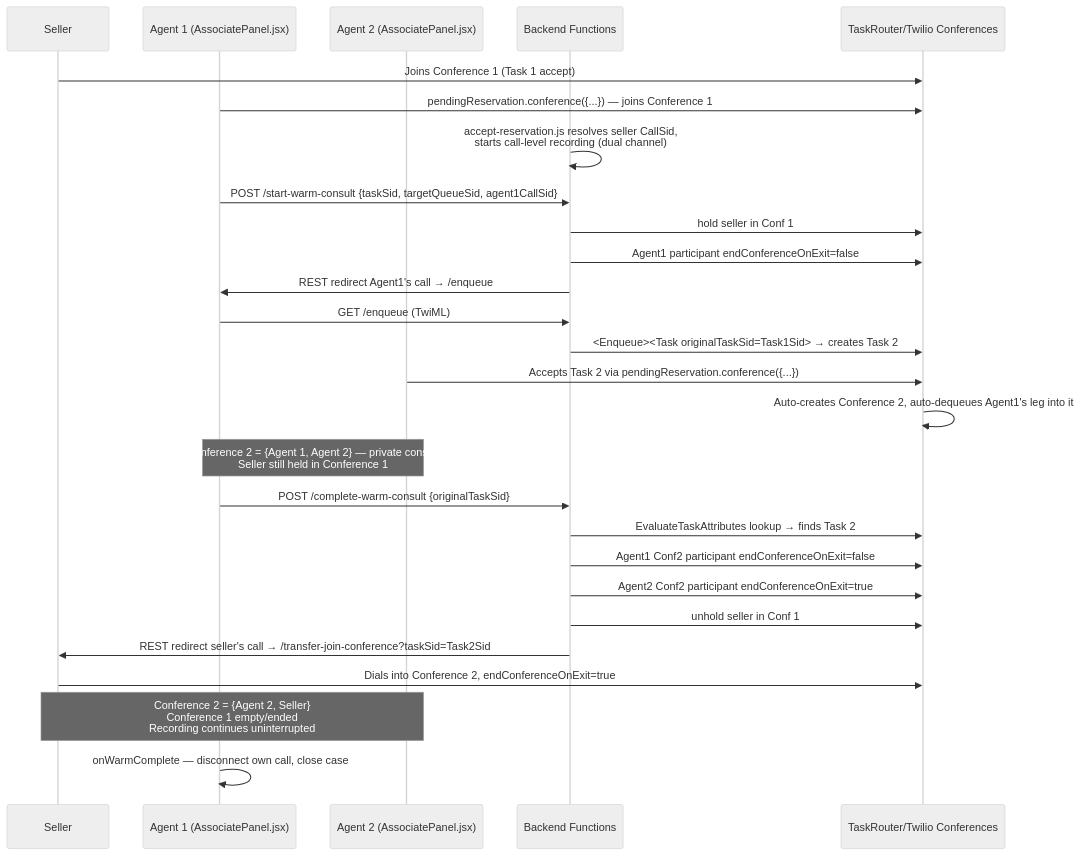
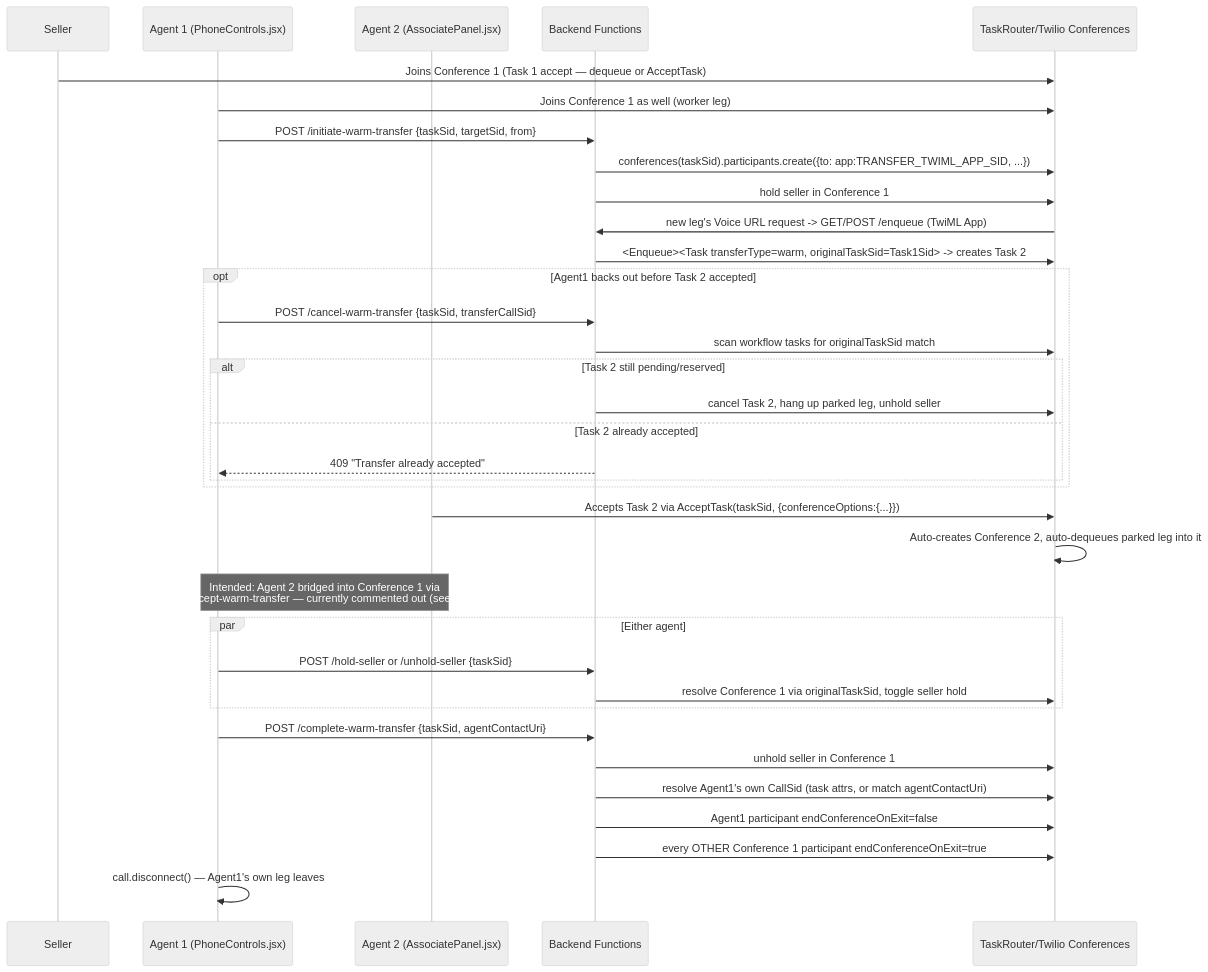
The diagram in docs/tech-notes/warm-transfer-voice.md (Gunjan-twilio/iris-demo), drawn with Mermaid (neutral theme) before and after one commit. The commit also changed other lines of this file and 9 other files, not shown here.

Commit message:
Send auto email and controling reservation display on agent ui

````diff
--- a/docs/tech-notes/warm-transfer-voice.md
+++ b/docs/tech-notes/warm-transfer-voice.md
@@ -31,35 +37,43 @@
 ```mermaid
 sequenceDiagram
     participant Seller
-    participant Agent1 as Agent 1 (AssociatePanel.jsx)
+    participant Agent1 as Agent 1 (PhoneControls.jsx)
     participant Agent2 as Agent 2 (AssociatePanel.jsx)
     participant BE as Backend Functions
     participant TR as TaskRouter/Twilio Conferences
 
-    Seller->>TR: Joins Conference 1 (Task 1 accept)
-    Agent1->>TR: pendingReservation.conference({...}) — joins Conference 1
-    BE->>BE: accept-reservation.js resolves seller CallSid,<br/>starts call-level recording (dual channel)
+    Seller->>TR: Joins Conference 1 (Task 1 accept — dequeue or AcceptTask)
+    Agent1->>TR: Joins Conference 1 as well (worker leg)
 
-    Agent1->>BE: POST /start-warm-consult {taskSid, targetQueueSid, agent1CallSid}
-    BE->>TR: hold seller in Conf 1
+    Agent1->>BE: POST /initiate-warm-transfer {taskSid, targetSid, from}
+    BE->>TR: conferences(taskSid).participants.create({to: app:TRANSFER_TWIML_APP_SID, ...})
+    BE->>TR: hold seller in Conference 1
+    TR->>BE: new leg's Voice URL request -> GET/POST /enqueue (TwiML App)
+    BE->>TR: <Enqueue><Task transferType=warm, originalTaskSid=Task1Sid> -> creates Task 2
+
+    opt Agent1 backs out before Task 2 accepted
+        Agent1->>BE: POST /cancel-warm-transfer {taskSid, transferCallSid}
+        BE->>TR: scan workflow tasks for originalTaskSid match
+        alt Task 2 still pending/reserved
+            BE->>TR: cancel Task 2, hang up parked leg, unhold seller
+        else Task 2 already accepted
+            BE-->>Agent1: 409 "Transfer already accepted"
+        end
+    end
+
+    Agent2->>TR: Accepts Task 2 via AcceptTask(taskSid, {conferenceOptions:{...}})
+    TR->>TR: Auto-creates Conference 2, auto-dequeues parked leg into it
+    Note over Agent1,Agent2: Intended: Agent 2 bridged into Conference 1 via<br/>POST /accept-warm-transfer — currently commented out (see Gotchas)
+
+    par Either agent
+        Agent1->>BE: POST /hold-seller or /unhold-seller {taskSid}
+        BE->>TR: resolve Conference 1 via originalTaskSid, toggle seller hold
+    end
+
+    Agent1->>BE: POST /complete-warm-transfer {taskSid, agentContactUri}
+    BE->>TR: unhold seller in Conference 1
+    BE->>TR: resolve Agent1's own CallSid (task attrs, or match agentContactUri)
     BE->>TR: Agent1 participant endConferenceOnExit=false
-    BE->>Agent1: REST redirect Agent1's call → /enqueue
-
-    Agent1->>BE: GET /enqueue (TwiML)
-    BE->>TR: <Enqueue><Task originalTaskSid=Task1Sid> → creates Task 2
-
-    Agent2->>TR: Accepts Task 2 via pendingReservation.conference({...})
-    TR->>TR: Auto-creates Conference 2, auto-dequeues Agent1's leg into it
-    Note over Agent1,Agent2: Conference 2 = {Agent 1, Agent 2} — private consult<br/>Seller still held in Conference 1
-
-    Agent1->>BE: POST /complete-warm-consult {originalTaskSid}
-    BE->>TR: EvaluateTaskAttributes lookup → finds Task 2
-    BE->>TR: Agent1 Conf2 participant endConferenceOnExit=false
-    BE->>TR: Agent2 Conf2 participant endConferenceOnExit=true
-    BE->>TR: unhold seller in Conf 1
-    BE->>Seller: REST redirect seller's call → /transfer-join-conference?taskSid=Task2Sid
-    Seller->>TR: Dials into Conference 2, endConferenceOnExit=true
-
-    Note over Agent2,Seller: Conference 2 = {Agent 2, Seller}<br/>Conference 1 empty/ended<br/>Recording continues uninterrupted
-    Agent1->>Agent1: onWarmComplete — disconnect own call, close case
+    BE->>TR: every OTHER Conference 1 participant endConferenceOnExit=true
+    Agent1->>Agent1: call.disconnect() — Agent1's own leg leaves
 ```
````
